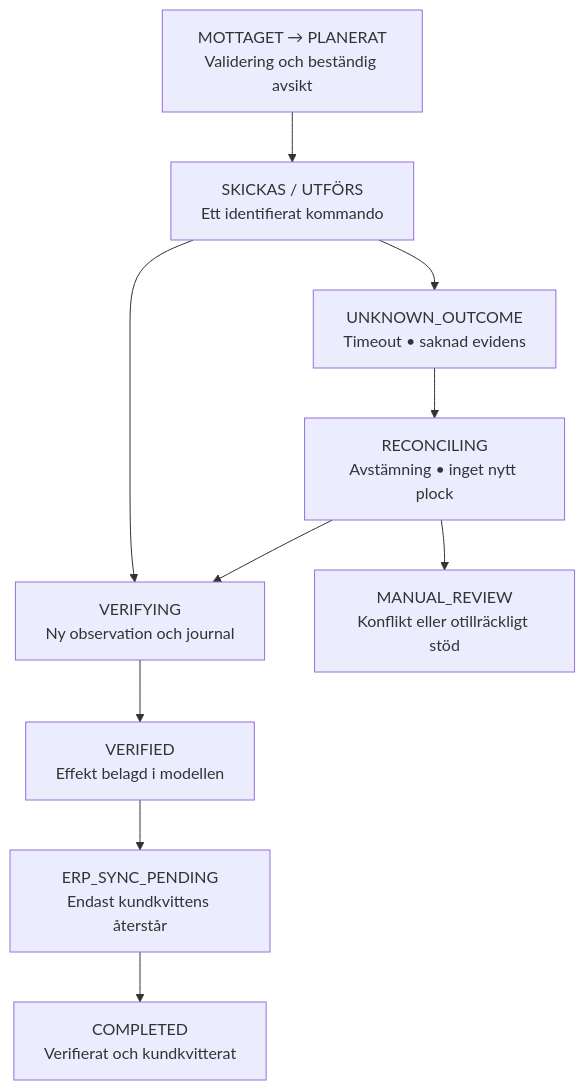
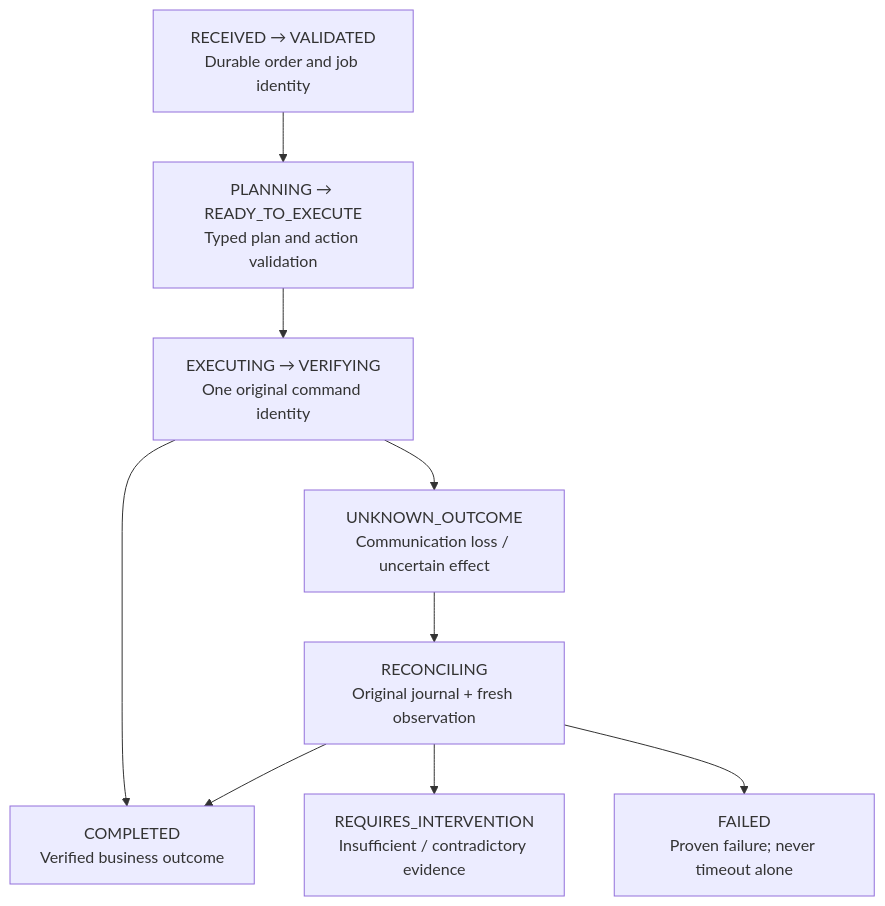
The diagram in sources/diagrams/state.mmd (raal1600/SICS-RobotOps-Twin-E2E-Warehouse-Robotics-Integration-Simulator), drawn with Mermaid before and after one commit. The commit also changed 160 other files, not shown here.

```diff
--- a/sources/diagrams/state.mmd
+++ b/sources/diagrams/state.mmd
@@ -1,19 +1,17 @@
 flowchart TD
-  created["MOTTAGET → PLANERAT<br/>Validering och beständig avsikt"]
-  executing["SKICKAS / UTFÖRS<br/>Ett identifierat kommando"]
-  unknown["UNKNOWN_OUTCOME<br/>Timeout • saknad evidens"]
-  verifying["VERIFYING<br/>Ny observation och journal"]
-  reconcile["RECONCILING<br/>Avstämning • inget nytt plock"]
-  verified["VERIFIED<br/>Effekt belagd i modellen"]
-  review["MANUAL_REVIEW<br/>Konflikt eller otillräckligt stöd"]
-  sync["ERP_SYNC_PENDING<br/>Endast kundkvittens återstår"]
-  completed["COMPLETED<br/>Verifierat och kundkvitterat"]
-  created --> executing
-  executing --> verifying
+  received["RECEIVED → VALIDATED<br/>Durable order and job identity"]
+  planning["PLANNING → READY_TO_EXECUTE<br/>Typed plan and action validation"]
+  executing["EXECUTING → VERIFYING<br/>One original command identity"]
+  unknown["UNKNOWN_OUTCOME<br/>Communication loss / uncertain effect"]
+  reconciling["RECONCILING<br/>Original journal + fresh observation"]
+  completed["COMPLETED<br/>Verified business outcome"]
+  intervention["REQUIRES_INTERVENTION<br/>Insufficient / contradictory evidence"]
+  failed["FAILED<br/>Proven failure; never timeout alone"]
+  received --> planning
+  planning --> executing
+  executing --> completed
   executing --> unknown
-  unknown --> reconcile
-  reconcile --> verifying
-  reconcile --> review
-  verifying --> verified
-  verified --> sync
-  sync --> completed
+  unknown --> reconciling
+  reconciling --> completed
+  reconciling --> intervention
+  reconciling --> failed
```
